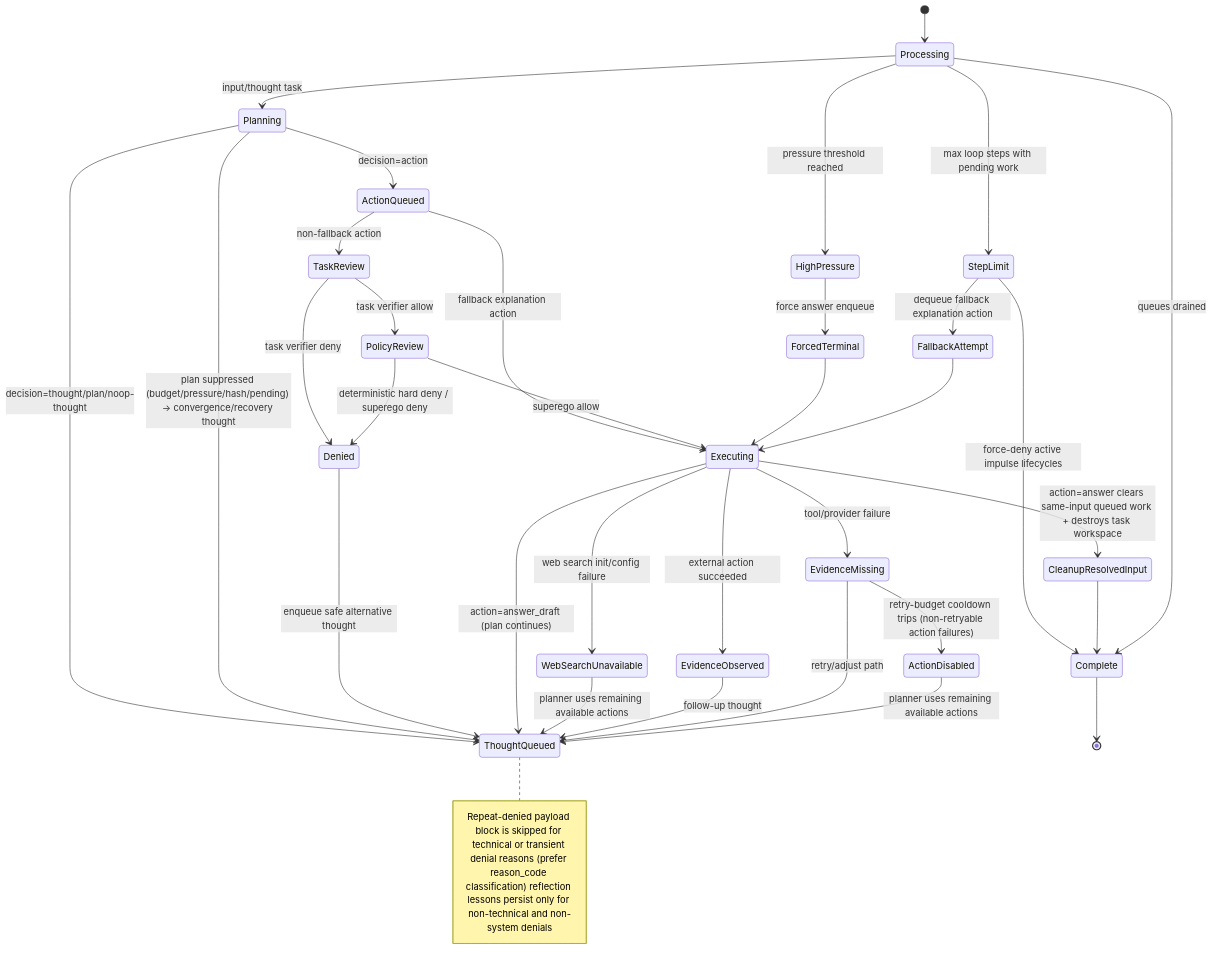
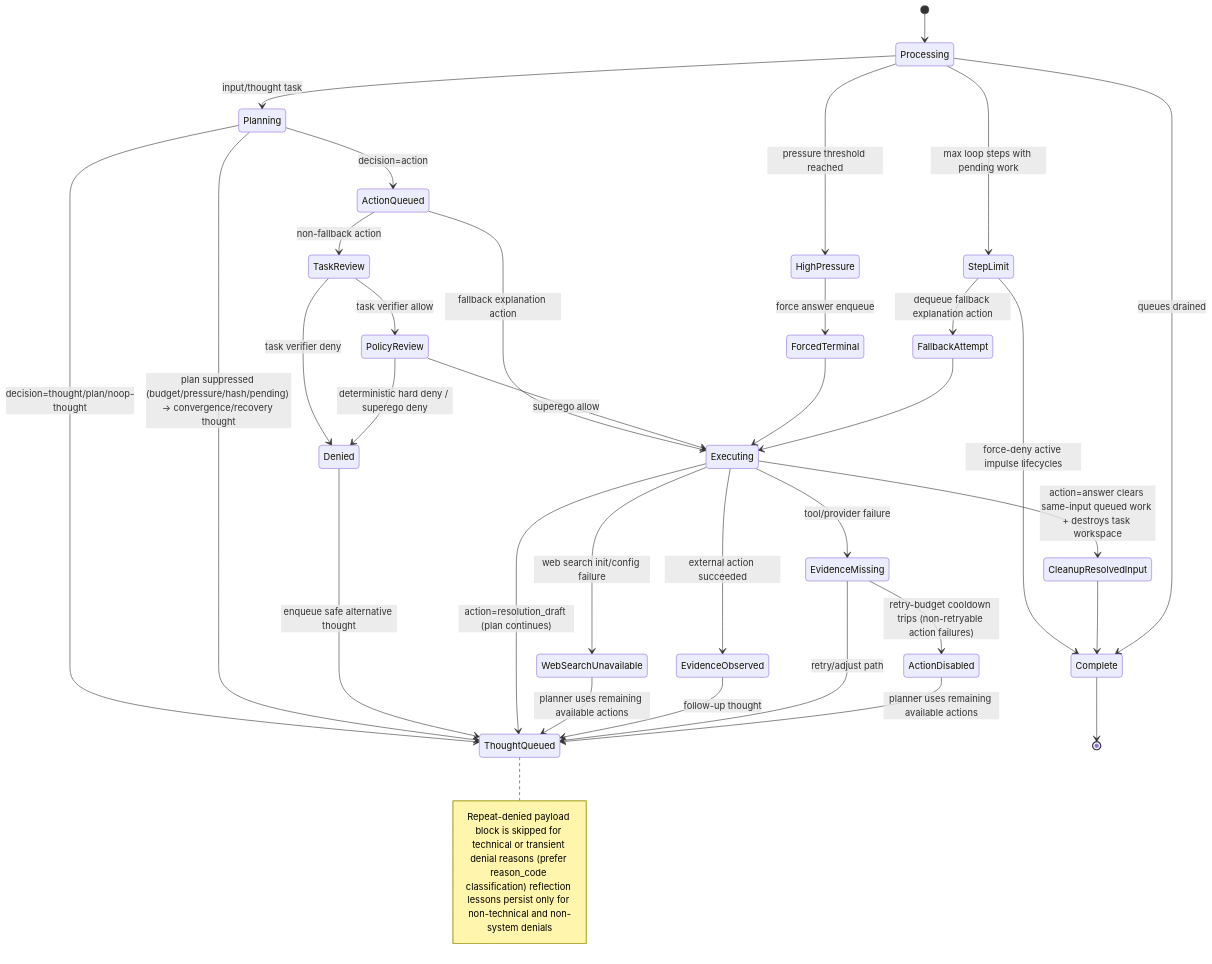
One commit to neopsyke/NeoPsyke changed the fifth of 6 diagrams in AGENT_LOGIC_DIAGRAM.md. Above: the diagram before and after it, drawn with Mermaid. The commit also changed other lines of this file and 48 other files, not shown here.

First line of the commit message:
refactor: rename action vocabulary for architectural clarity

````diff
--- a/AGENT_LOGIC_DIAGRAM.md
+++ b/AGENT_LOGIC_DIAGRAM.md
@@ -224,43 +224,43 @@
 ```mermaid
 stateDiagram-v2
     [*] --> Processing
 
     Processing --> Planning: input/thought task
     Planning --> ActionQueued: decision=action
     Planning --> ThoughtQueued: decision=thought/plan/noop-thought
     Planning --> ThoughtQueued: plan suppressed (budget/pressure/hash/pending) -> convergence/recovery thought
 
     ActionQueued --> TaskReview: non-fallback action
     ActionQueued --> Executing: fallback explanation action
     TaskReview --> Denied: task verifier deny
 
     TaskReview --> PolicyReview: task verifier allow
     PolicyReview --> Denied: deterministic hard deny / superego deny
     Denied --> ThoughtQueued: enqueue safe alternative thought
     Note right of ThoughtQueued: Repeat-denied payload block is skipped for technical or transient denial reasons (prefer reason_code classification) reflection lessons persist only for non-technical and non-system denials
 
     PolicyReview --> Executing: superego allow
-    Executing --> ThoughtQueued: action=answer_draft (plan continues)
+    Executing --> ThoughtQueued: action=resolution_draft (plan continues)
     Executing --> EvidenceObserved: external action succeeded
     Executing --> EvidenceMissing: tool/provider failure
     Executing --> WebSearchUnavailable: web search init/config failure
     WebSearchUnavailable --> ThoughtQueued: planner uses remaining available actions
     EvidenceObserved --> ThoughtQueued: follow-up thought
     EvidenceMissing --> ThoughtQueued: retry/adjust path
     EvidenceMissing --> ActionDisabled: retry-budget cooldown trips (non-retryable action failures)
     ActionDisabled --> ThoughtQueued: planner uses remaining available actions
 
     Processing --> HighPressure: pressure threshold reached
     HighPressure --> ForcedTerminal: force answer enqueue
     ForcedTerminal --> Executing
 
     Processing --> StepLimit: max loop steps with pending work
     StepLimit --> FallbackAttempt: dequeue fallback explanation action
     StepLimit --> Complete: force-deny active impulse lifecycles
     FallbackAttempt --> Executing
 
     Executing --> CleanupResolvedInput: action=answer clears same-input queued work + destroys task workspace
     CleanupResolvedInput --> Complete
     Processing --> Complete: queues drained
     Complete --> [*]
 ```
````
